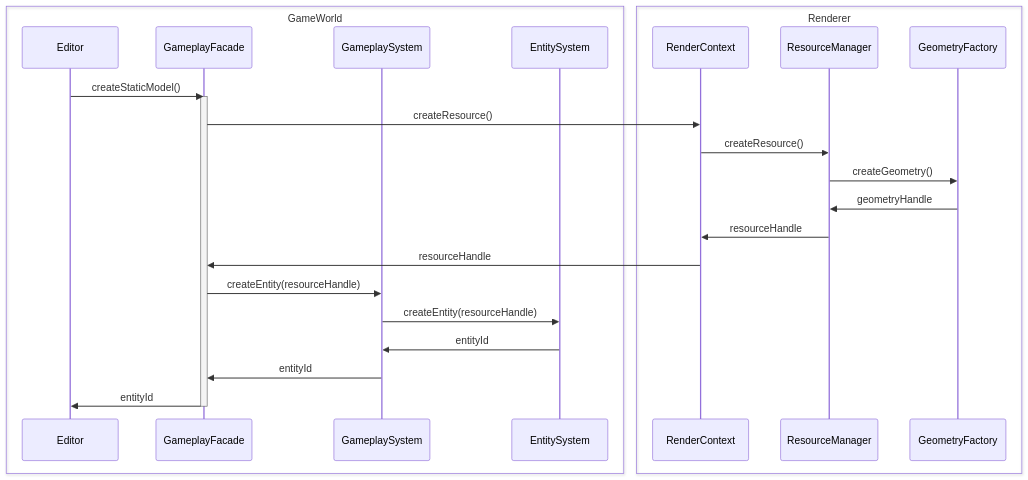
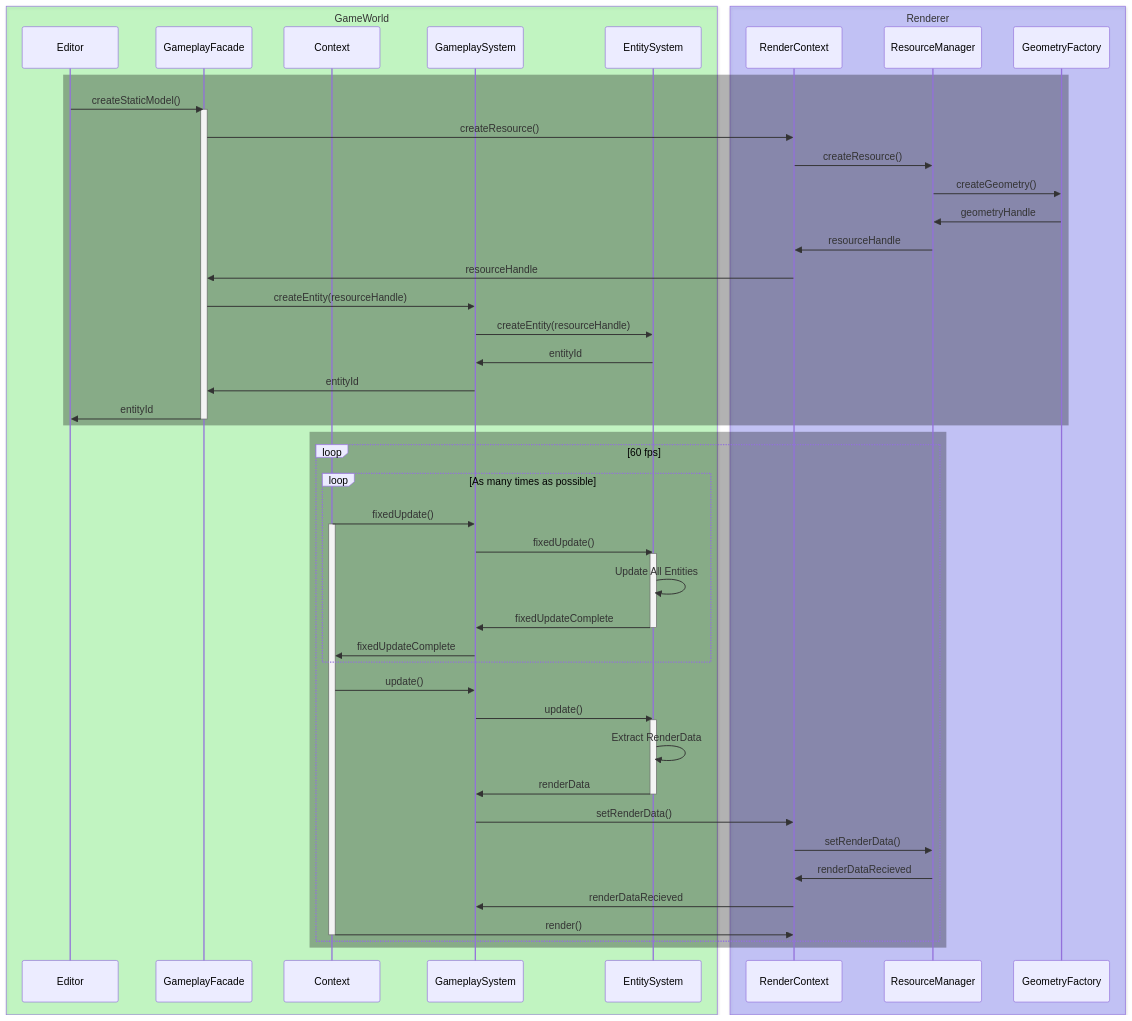
The diagram in design.md (matt328/triton), drawn with Mermaid before and after one commit. The commit also changed 2 other files, not shown here.

Commit message:
Update design

````diff
--- a/design.md
+++ b/design.md
@@ -226,31 +226,68 @@
 ```mermaid
 sequenceDiagram
-   box GameWorld
+   box rgba(0, 255, 0, 0.2) GameWorld
    participant Editor
    participant GameplayFacade
+   participant Context
    participant GameplaySystem
    participant EntitySystem
    end
-   box Renderer
+   box rgba(0, 0, 255, 0.2) Renderer
    participant RenderContext
    participant ResourceManager
    participant GeometryFactory
    end
 
+   rect rgba(0, 0, 0, 0.3)
    Editor->>GameplayFacade: createStaticModel()
 
    activate GameplayFacade
    GameplayFacade->>RenderContext: createResource()
    RenderContext->>ResourceManager: createResource()
    ResourceManager->>GeometryFactory: createGeometry()
    GeometryFactory->>ResourceManager: geometryHandle
    ResourceManager->>RenderContext: resourceHandle
    RenderContext->>GameplayFacade: resourceHandle
    
    GameplayFacade->>GameplaySystem: createEntity(resourceHandle)
    GameplaySystem->>EntitySystem: createEntity(resourceHandle)
    EntitySystem->>GameplaySystem: entityId
    GameplaySystem->>GameplayFacade: entityId
    GameplayFacade->>Editor: entityId
    deactivate GameplayFacade
+   end
+
+   rect rgba(0, 0, 0, 0.3) 
+   loop 60 fps
+   loop As many times as possible
+   Context->>GameplaySystem: fixedUpdate()
+   activate Context
+
+   GameplaySystem->>EntitySystem: fixedUpdate()
+   
+   activate EntitySystem
+   EntitySystem->>EntitySystem: Update All Entities
+   EntitySystem->>GameplaySystem: fixedUpdateComplete
+   deactivate EntitySystem
+
+   GameplaySystem->>Context: fixedUpdateComplete
+   end
+
+   Context->>GameplaySystem: update()
+
+   GameplaySystem->>EntitySystem: update()
+   activate EntitySystem
+   EntitySystem->>EntitySystem: Extract RenderData
+   EntitySystem->>GameplaySystem: renderData
+   deactivate EntitySystem
+
+   GameplaySystem->>RenderContext: setRenderData()
+   RenderContext->>ResourceManager: setRenderData()
+   ResourceManager->>RenderContext: renderDataRecieved
+   RenderContext->>GameplaySystem: renderDataRecieved
+   Context->>RenderContext: render()
+   deactivate Context
+   end
+   end
+
 ```
````
